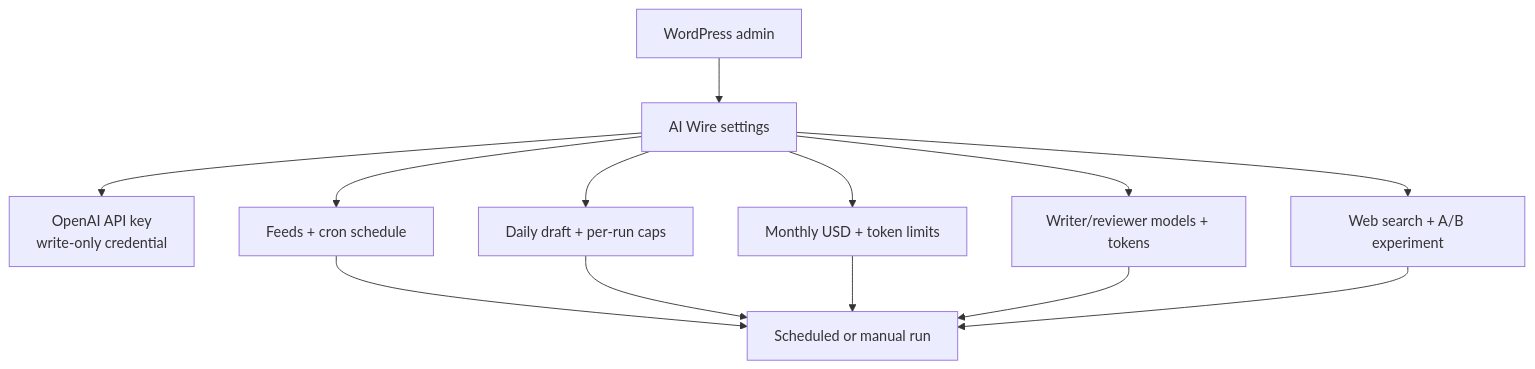
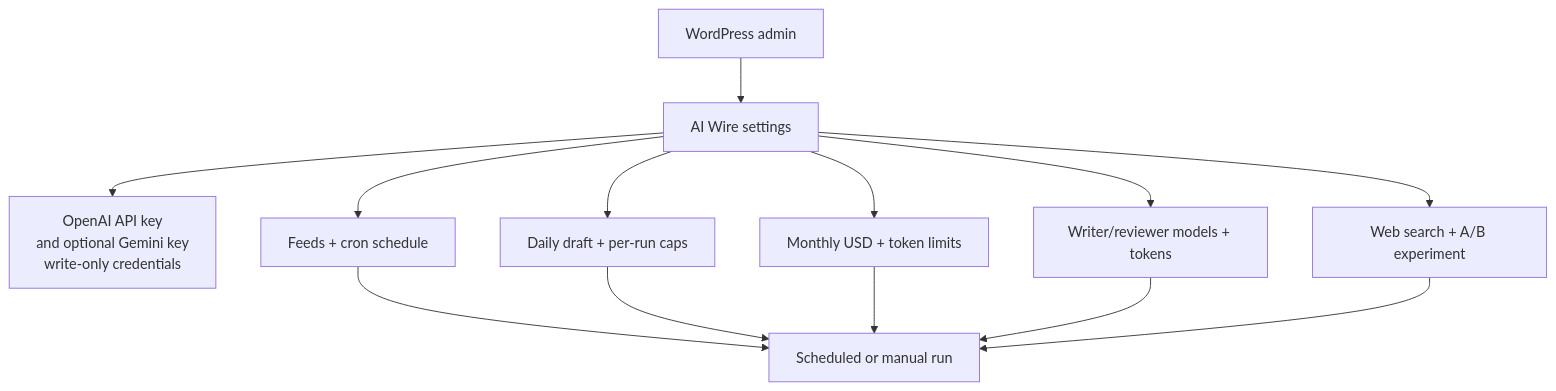
Before and after one commit to HaneetGH/technorapper-ai-wire: the second of 3 diagrams in README.md, drawn with Mermaid. The commit also changed other lines of this file and 1 other file, not shown here.

First line of the commit message:
Document the OpenAI prompt-flag retry and optional Gemini key.

````diff
--- a/README.md
+++ b/README.md
@@ -65,15 +65,15 @@
 ```mermaid
 flowchart TD
     A["WordPress admin"] --> B["AI Wire settings"]
-    B --> C["OpenAI API key<br/>write-only credential"]
+    B --> C["OpenAI API key<br/>and optional Gemini key<br/>write-only credentials"]
     B --> D["Feeds + cron schedule"]
     B --> E["Daily draft + per-run caps"]
     B --> F["Monthly USD + token limits"]
     B --> G["Writer/reviewer models + tokens"]
     B --> H["Web search + A/B experiment"]
     D --> I["Scheduled or manual run"]
     E --> I
     F --> I
     G --> I
     H --> I
 ```
````
